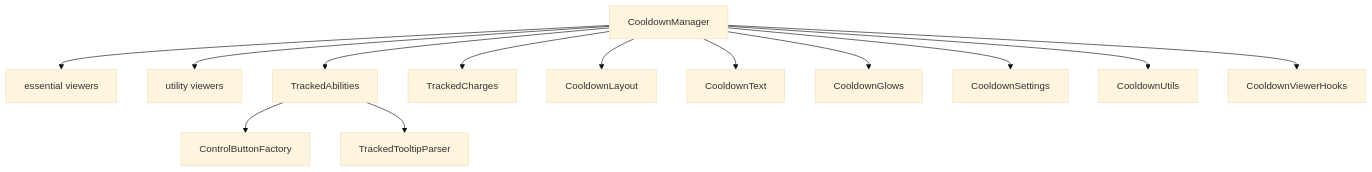
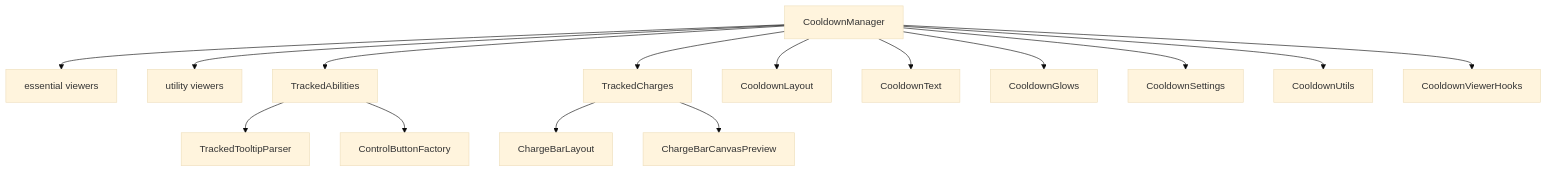
One commit to MoONSHO7/Orbit changed the diagram in Orbit/Plugins/CooldownManager/readme.md. Above: the diagram before and after it, drawn with Mermaid (base theme). The commit also changed other lines of this file and 4 other files, not shown here.

First line of the commit message:
refactor: decompose TrackedCharges.lua by responsibility

````diff
--- a/Orbit/Plugins/CooldownManager/readme.md
+++ b/Orbit/Plugins/CooldownManager/readme.md
@@ -29,15 +31,17 @@
 ```mermaid
 graph TD
     CDM[CooldownManager] --> Essential[essential viewers]
     CDM --> Utility[utility viewers]
     CDM --> Tracked[TrackedAbilities]
     CDM --> Charges[TrackedCharges]
+    Charges --> ChargeLayout[ChargeBarLayout]
+    Charges --> ChargePreview[ChargeBarCanvasPreview]
+    Tracked --> TooltipParser[TrackedTooltipParser]
     Tracked --> ControlButtons[ControlButtonFactory]
-    Tracked --> TooltipParser[TrackedTooltipParser]
     CDM --> Layout[CooldownLayout]
     CDM --> Text[CooldownText]
     CDM --> Glows[CooldownGlows]
     CDM --> Settings[CooldownSettings]
     CDM --> Utils[CooldownUtils]
     CDM --> Hooks[CooldownViewerHooks]
 ```
````
